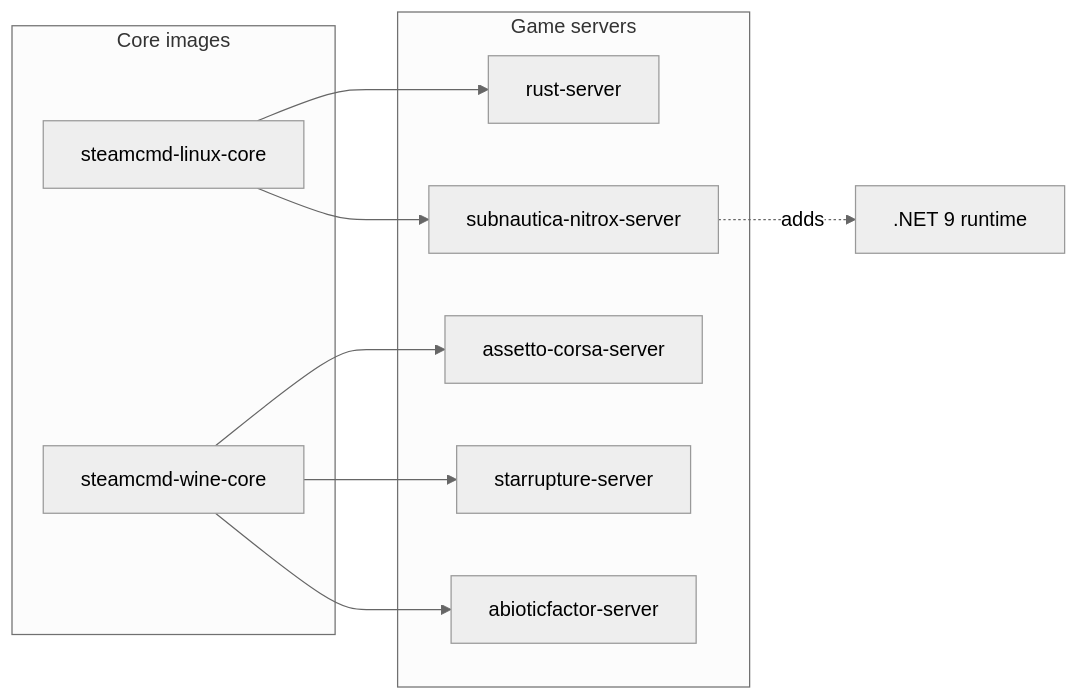
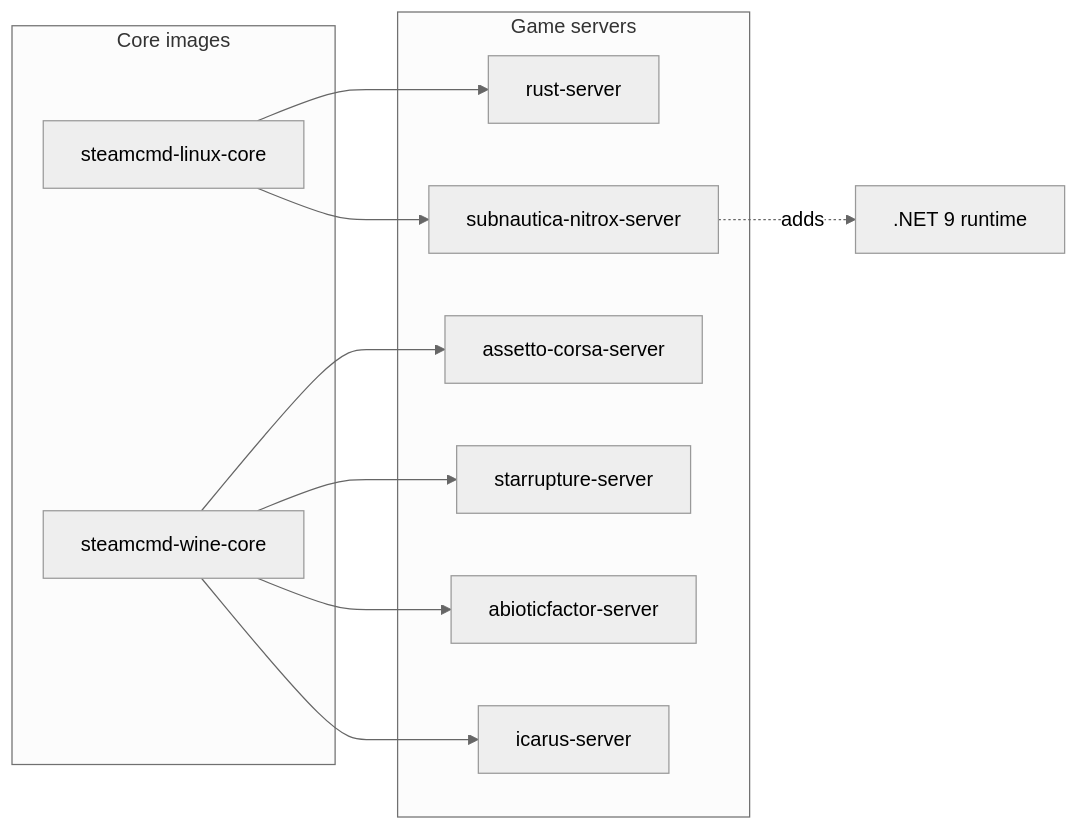
Before and after one commit to Monolithoid/steamcmd-servers: the diagram in README.md, drawn with Mermaid (neutral theme). The commit also changed other lines of this file and 7 other files, not shown here.

Commit message:
Add ICARUS dedicated server support

````diff
--- a/README.md
+++ b/README.md
@@ -22,22 +23,24 @@
 ```mermaid
 flowchart LR
     subgraph Core images
         linux_core[steamcmd-linux-core]
         wine_core[steamcmd-wine-core]
     end
 
     subgraph Game servers
         rust[rust-server]
         assetto[assetto-corsa-server]
         starrupture[starrupture-server]
         abioticfactor[abioticfactor-server]
+        icarus[icarus-server]
         subnautica_nitrox[subnautica-nitrox-server]
     end
 
     linux_core --> rust
     linux_core --> subnautica_nitrox
     wine_core --> assetto
     wine_core --> starrupture
     wine_core --> abioticfactor
+    wine_core --> icarus
     subnautica_nitrox -. adds .-> dotnet_runtime[.NET 9 runtime]
 ```
````
